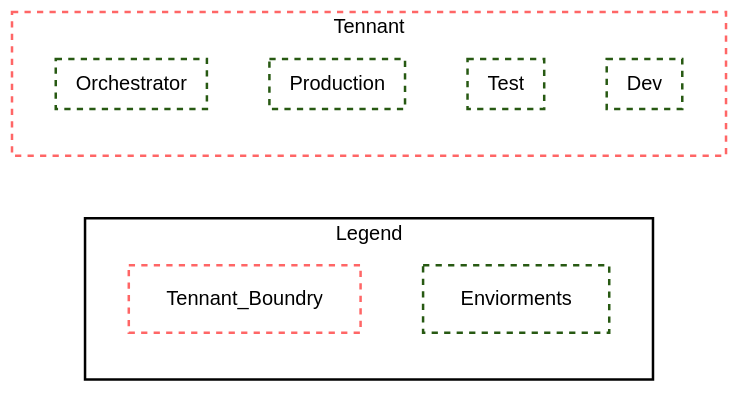
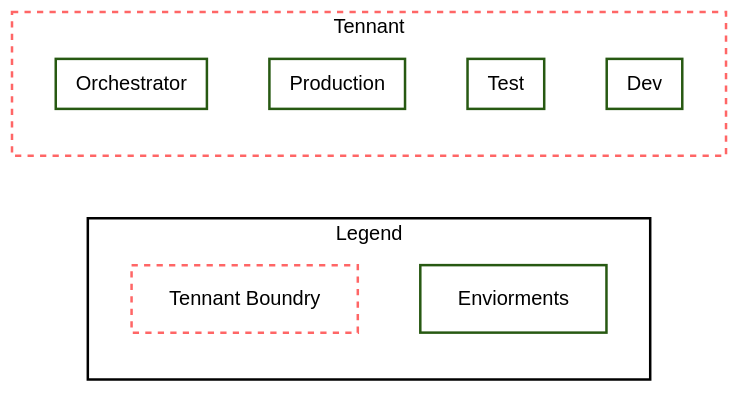
One commit to edrft99/Power-Pipelines-and-Enhanced-ALM changed the diagram in environmentdiagram.mmd. Above: the diagram before and after it, drawn with Mermaid.

Commit message:
Completed diagram

```diff
--- a/environmentdiagram.mmd
+++ b/environmentdiagram.mmd
@@ -1,25 +1,25 @@
 flowchart LR
   subgraph Legend
-  Tennant_Boundry
+  Tennant_Boundry["Tennant Boundry"]
   Enviorments
   end
   subgraph Tennant
   direction TB
      subgraph Dev
      end
     subgraph Test
      end
     subgraph Production
      end
     subgraph Orchestrator
      end
   end
 
 style Tennant fill:#ffffff,stroke:#f66,stroke-width:2px,color:#000000,stroke-dasharray: 5 5
-style Dev fill:#ffffff,stroke:#275912,stroke-width:2px,color:#000000,stroke-dasharray: 5 5
-style Test fill:#ffffff,stroke:#275912,stroke-width:2px,color:#000000,stroke-dasharray: 5 5
-style Production fill:#ffffff,stroke:#275912,stroke-width:2px,color:#000000,stroke-dasharray: 5 5
-style Orchestrator fill:#ffffff,stroke:#275912,stroke-width:2px,color:#000000,stroke-dasharray: 5 5
+style Dev fill:#ffffff,stroke:#275912,stroke-width:2px,color:#000000: 5 5
+style Test fill:#ffffff,stroke:#275912,stroke-width:2px,color:#000000: 5 5
+style Production fill:#ffffff,stroke:#275912,stroke-width:2px,color:#000000: 5 5
+style Orchestrator fill:#ffffff,stroke:#275912,stroke-width:2px,color:#000000: 5 5
 style Legend fill:#ffffff,stroke:#000000,stroke-width:2px,color:#000000: 5 5
-style Enviorments fill:#ffffff,stroke:#275912,stroke-width:2px,color:#000000,stroke-dasharray: 5 5
+style Enviorments fill:#ffffff,stroke:#275912,stroke-width:2px,color:#000000: 5 5
 style Tennant_Boundry fill:#ffffff,stroke:#f66,stroke-width:2px,color:#000000,stroke-dasharray: 5 5
```
